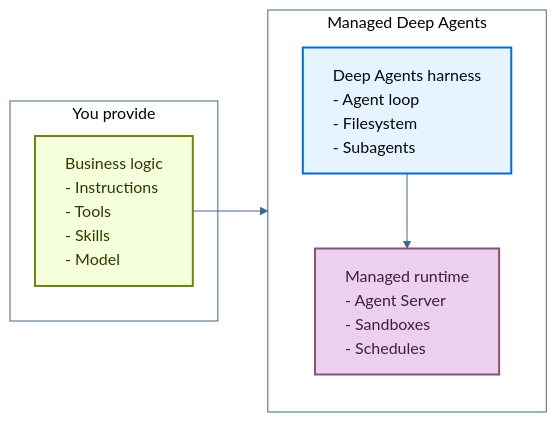
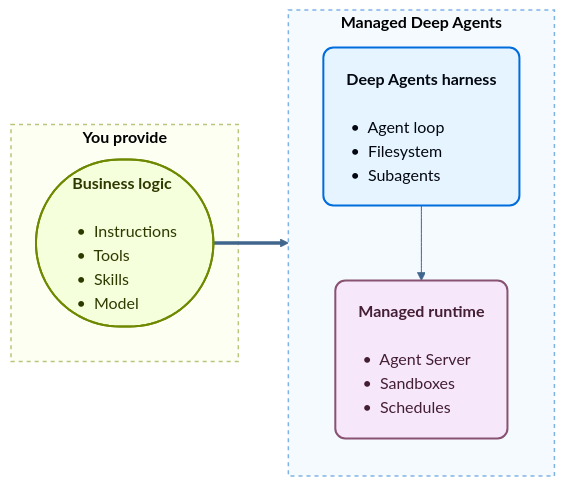
Before and after one commit to Eyre921/ofiicial-developer-docs: the diagram in agent-frameworks/langchain/pages/langsmith/javascript/managed-deep-agents-overview.md, drawn with Mermaid. The commit also changed 478 other files, not shown here.

````diff
--- a/agent-frameworks/langchain/pages/langsmith/javascript/managed-deep-agents-overview.md
+++ b/agent-frameworks/langchain/pages/langsmith/javascript/managed-deep-agents-overview.md
@@ -14,26 +14,26 @@
 ```mermaid actions={false}
-%%{init: {"theme": "base", "themeVariables": {"lineColor": "#40668D", "primaryColor": "#E5F4FF", "primaryTextColor": "#030710", "primaryBorderColor": "#006DDD"}}}%%
+%%{init: {"theme":"base","themeVariables":{"fontFamily":"Inter, system-ui, sans-serif","lineColor":"#40668D","primaryColor":"#E5F4FF","primaryTextColor":"#030710","primaryBorderColor":"#006DDD","clusterBkg":"transparent"}}}%%
 flowchart LR
-    subgraph you["You provide"]
-        Logic["<div style='text-align:left'>Business logic<br/>- Instructions<br/>- Tools<br/>- Skills<br/>- Model</div>"]
+    subgraph you["<b>You provide</b>"]
+        Logic(["<div style='text-align:left;padding:4px 8px'><b>Business logic</b><br/><br/>&nbsp;•&nbsp; Instructions<br/>&nbsp;•&nbsp; Tools<br/>&nbsp;•&nbsp; Skills<br/>&nbsp;•&nbsp; Model</div>"])
     end
-    subgraph mda["Managed Deep Agents"]
+    subgraph mda["<b>Managed Deep Agents</b>"]
         direction TB
-        Harness["<div style='text-align:left'>Deep Agents harness<br/>- Agent loop<br/>- Filesystem<br/>- Subagents</div>"]
-        Runtime["<div style='text-align:left'>Managed runtime<br/>- Agent Server<br/>- Sandboxes<br/>- Schedules</div>"]
+        Harness("<div style='text-align:left;padding:4px 8px'><b>Deep Agents harness</b><br/><br/>&nbsp;•&nbsp; Agent loop<br/>&nbsp;•&nbsp; Filesystem<br/>&nbsp;•&nbsp; Subagents</div>")
+        Runtime("<div style='text-align:left;padding:4px 8px'><b>Managed runtime</b><br/><br/>&nbsp;•&nbsp; Agent Server<br/>&nbsp;•&nbsp; Sandboxes<br/>&nbsp;•&nbsp; Schedules</div>")
         Harness --> Runtime
     end
 
-    Logic --> mda
+    Logic ==> mda
 
-    classDef process fill:#E5F4FF,stroke:#006DDD,stroke-width:2px,color:#030710
-    classDef trigger fill:#F6FFDB,stroke:#6E8900,stroke-width:2px,color:#2E3900
-    classDef output fill:#EBD0F0,stroke:#885270,stroke-width:2px,color:#441E33
+    classDef process fill:#E5F4FF,stroke:#006DDD,stroke-width:2px,color:#030710,rx:10,ry:10
+    classDef trigger fill:#F6FFDB,stroke:#6E8900,stroke-width:2px,color:#2E3900,rx:18,ry:18
+    classDef output fill:#F6E7FB,stroke:#885270,stroke-width:2px,color:#441E33,rx:10,ry:10
 
     class Logic trigger
     class Harness process
     class Runtime output
 
-    style you fill:none,stroke:#40668D,stroke-width:1px
-    style mda fill:none,stroke:#40668D,stroke-width:1px
+    style you fill:#FCFFF2,stroke:#B7C77A,stroke-width:1.5px,stroke-dasharray:4 4
+    style mda fill:#F5FAFF,stroke:#7FB2E5,stroke-width:1.5px,stroke-dasharray:4 4
 ```
````
